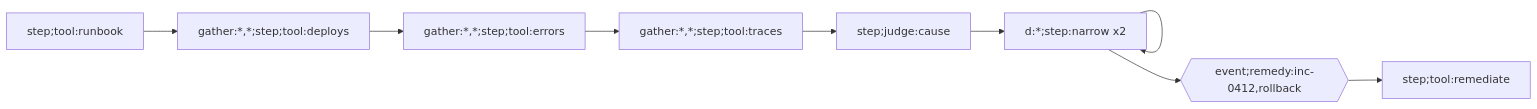
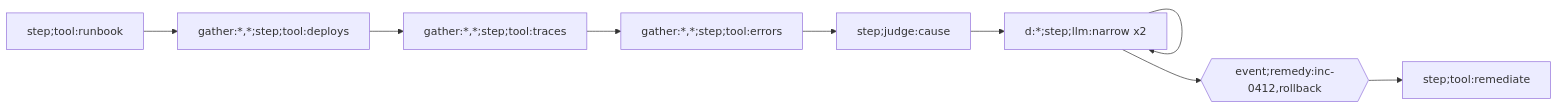
The sixth of 11 diagrams in wiki/concepts/building-with-effective.md (jimbaker/effective), drawn with Mermaid before and after one commit. The commit also changed other lines of this file and 183 other files, not shown here.

````diff
--- a/wiki/concepts/building-with-effective.md
+++ b/wiki/concepts/building-with-effective.md
@@ -189,19 +189,19 @@
 ```mermaid
 graph LR
   n0["step;tool:runbook"]
   n1["gather:*,*;step;tool:deploys"]
-  n2["gather:*,*;step;tool:errors"]
-  n3["gather:*,*;step;tool:traces"]
+  n2["gather:*,*;step;tool:traces"]
+  n3["gather:*,*;step;tool:errors"]
   n4["step;judge:cause"]
-  n5["d:*;step:narrow x2"]
+  n5["d:*;step;llm:narrow x2"]
   n6{{"event;remedy:inc-0412,rollback"}}
   n7["step;tool:remediate"]
   n0 --> n1
   n1 --> n2
   n2 --> n3
   n3 --> n4
   n4 --> n5
   n5 --> n5
   n5 --> n6
   n6 --> n7
 ```
````
